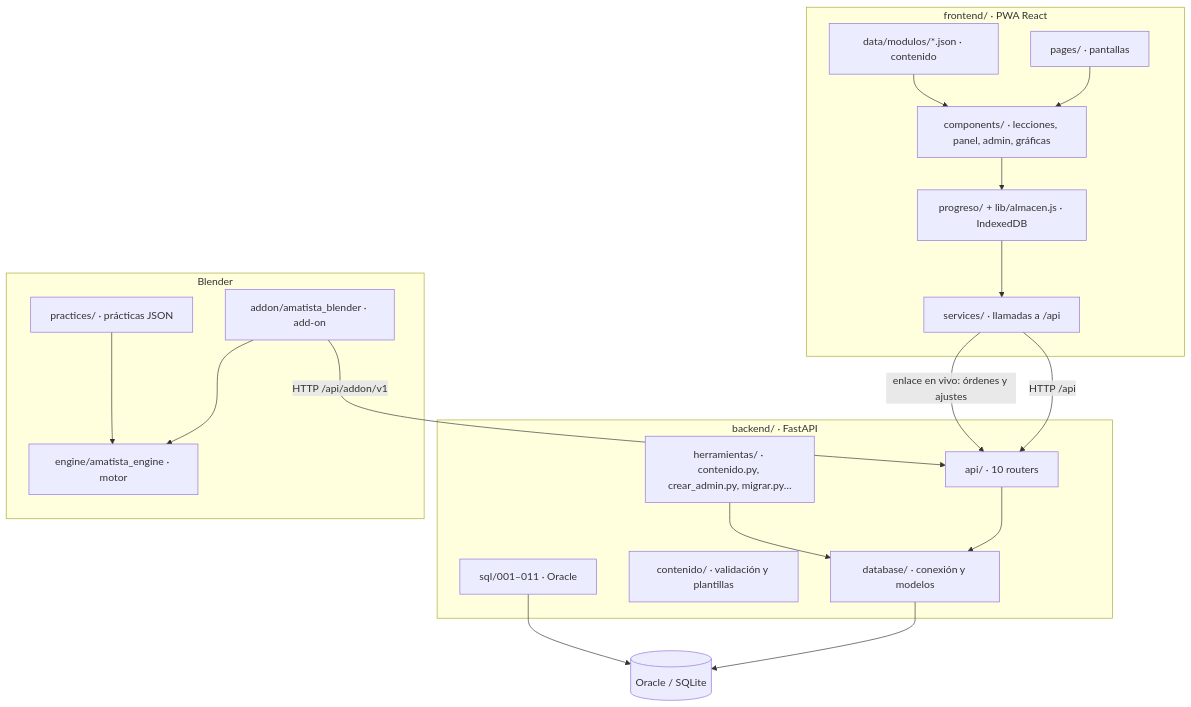
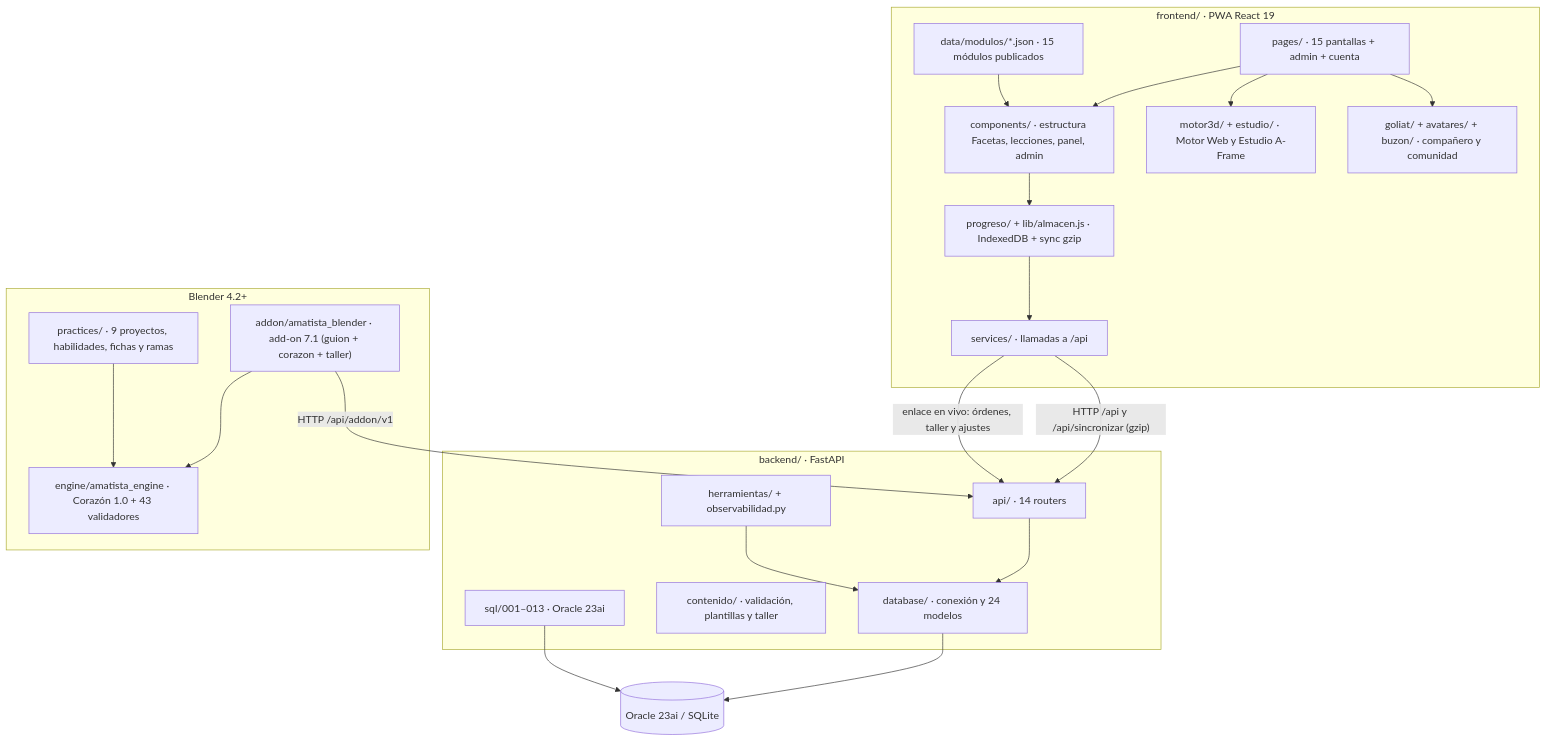
The diagram in docs/manual-del-codigo/01_mapa_del_repositorio.md (Maximiliano-cabello-mata/amatista), drawn with Mermaid before and after one commit. The commit also changed other lines of this file and 8 other files, not shown here.

Commit message:
docs(repo): actualizar estructura y mapa del repositorio a motor 7.1 y corazon 1.0

````diff
--- a/docs/manual-del-codigo/01_mapa_del_repositorio.md
+++ b/docs/manual-del-codigo/01_mapa_del_repositorio.md
@@ -9,32 +9,36 @@
 ```mermaid
 flowchart TB
-  subgraph frontend["frontend/ · PWA React"]
-    pages["pages/ · pantallas"]
-    comps["components/ · lecciones, panel, admin, gráficas"]
-    datos["data/modulos/*.json · contenido"]
-    prog["progreso/ + lib/almacen.js · IndexedDB"]
+  subgraph frontend["frontend/ · PWA React 19"]
+    pages["pages/ · 15 pantallas + admin + cuenta"]
+    comps["components/ · estructura Facetas, lecciones, panel, admin"]
+    motor3d["motor3d/ + estudio/ · Motor Web y Estudio A-Frame"]
+    goliat["goliat/ + avatares/ + buzon/ · compañero y comunidad"]
+    datos["data/modulos/*.json · 15 módulos publicados"]
+    prog["progreso/ + lib/almacen.js · IndexedDB + sync gzip"]
     serv["services/ · llamadas a /api"]
   end
   subgraph backend["backend/ · FastAPI"]
-    api["api/ · 10 routers"]
-    db["database/ · conexión y modelos"]
-    cont["contenido/ · validación y plantillas"]
-    sql["sql/001–011 · Oracle"]
-    cli["herramientas/ · contenido.py, crear_admin.py, migrar.py…"]
+    api["api/ · 14 routers"]
+    db["database/ · conexión y 24 modelos"]
+    cont["contenido/ · validación, plantillas y taller"]
+    sql["sql/001–013 · Oracle 23ai"]
+    cli["herramientas/ + observabilidad.py"]
   end
-  subgraph blender["Blender"]
-    addon["addon/amatista_blender · add-on"]
-    engine["engine/amatista_engine · motor"]
-    prac["practices/ · prácticas JSON"]
+  subgraph blender["Blender 4.2+"]
+    addon["addon/amatista_blender · add-on 7.1 (guion + corazon + taller)"]
+    engine["engine/amatista_engine · Corazón 1.0 + 43 validadores"]
+    prac["practices/ · 9 proyectos, habilidades, fichas y ramas"]
   end
   pages --> comps --> prog --> serv
+  pages --> motor3d
+  pages --> goliat
   datos --> comps
-  serv -- HTTP /api --> api
+  serv -- HTTP /api y /api/sincronizar (gzip) --> api
   addon -- HTTP /api/addon/v1 --> api
-  serv -- enlace en vivo: órdenes y ajustes --> api
+  serv -- enlace en vivo: órdenes, taller y ajustes --> api
   addon --> engine
   prac --> engine
-  api --> db --> ORA[("Oracle / SQLite")]
+  api --> db --> ORA[("Oracle 23ai / SQLite")]
   sql --> ORA
   cli --> db
 ```
````
